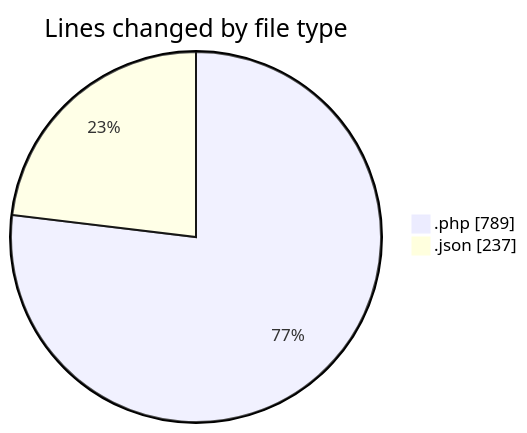
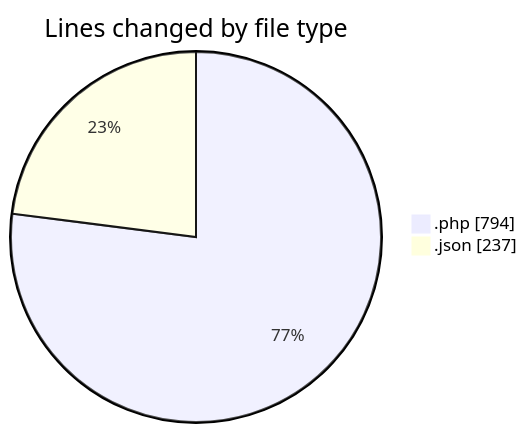
One commit to idhammustaqopulfikri/code-tracking changed the first of 2 diagrams in 2025-06-02/studio-backend/README.md. Above: the diagram before and after it, drawn with Mermaid. The commit also changed other lines of this file and 1 other file, not shown here.

````diff
--- a/2025-06-02/studio-backend/README.md
+++ b/2025-06-02/studio-backend/README.md
@@ -32,6 +32,6 @@
 ```mermaid
 pie showData
 title Lines changed by file type
-".php" : 789
+".php" : 794
 ".json" : 237
 ```
````
